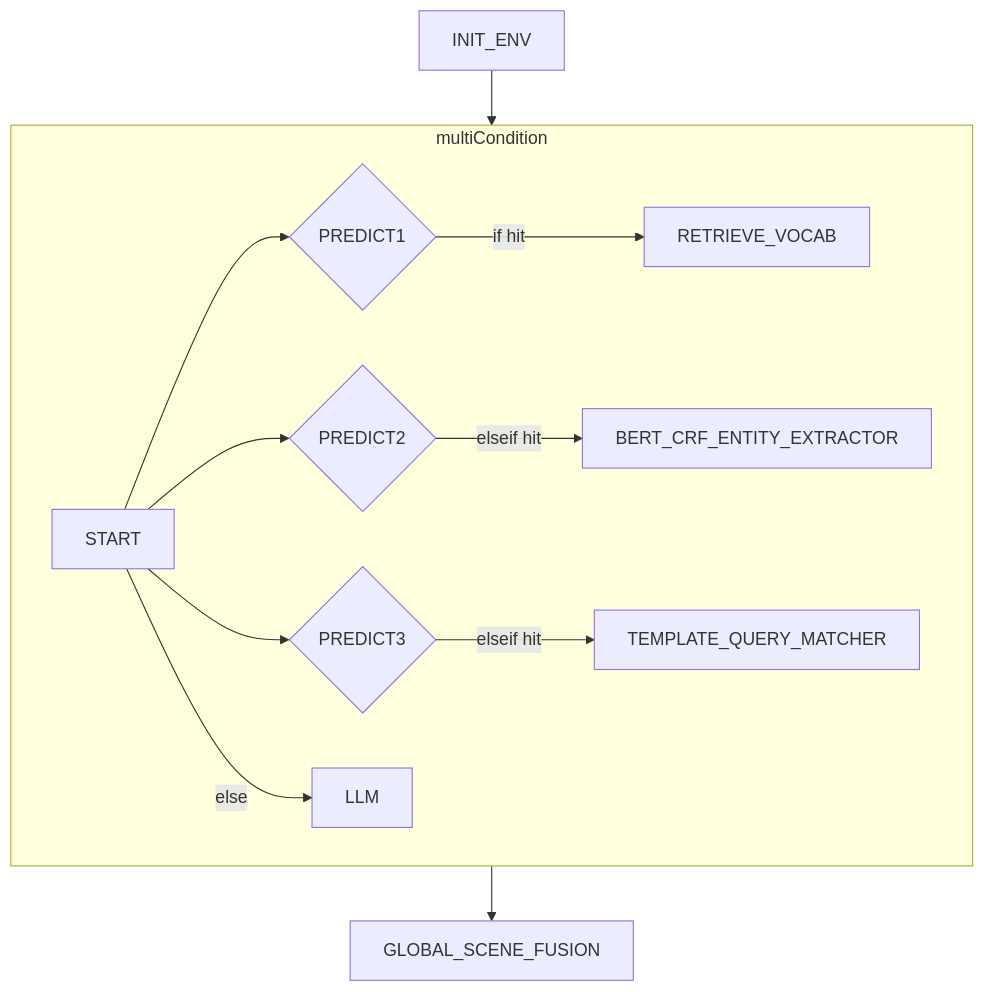
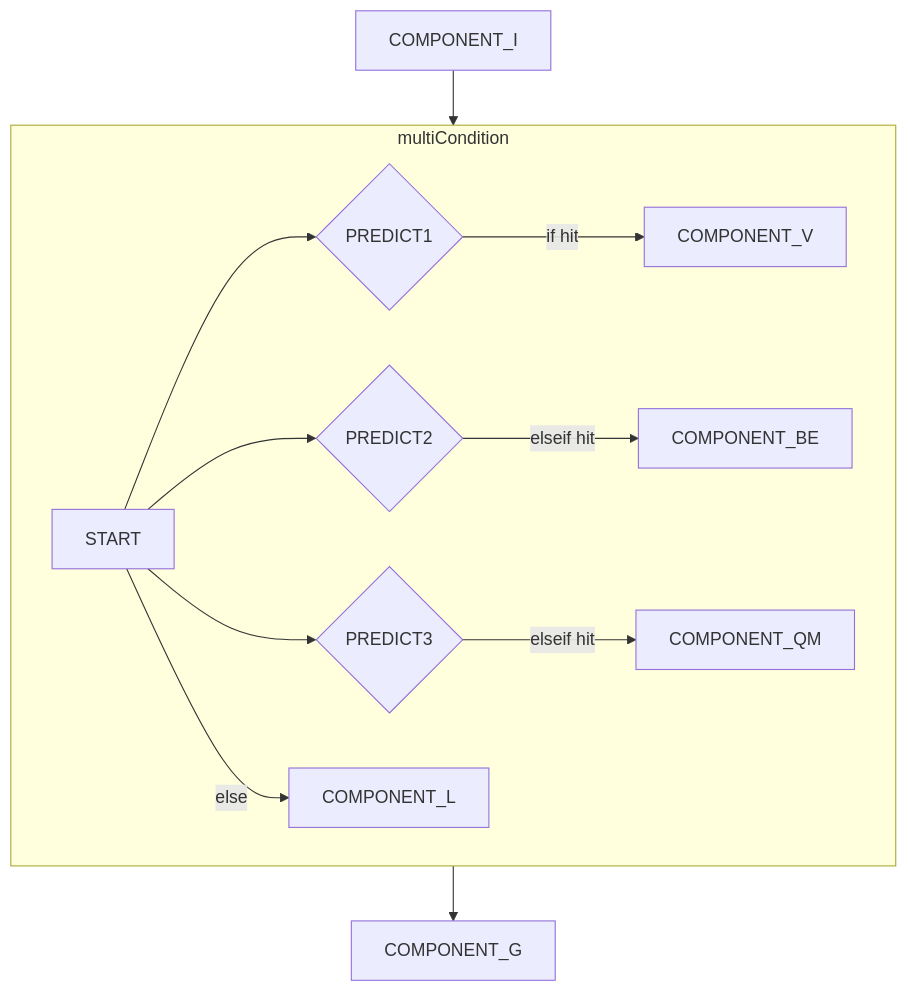
One commit to tenderne13/hello-easy-flow-bpmn changed the eighth of 10 diagrams in README.md. Above: the diagram before and after it, drawn with Mermaid. The commit also changed other lines of this file and 3 other files, not shown here.

````diff
--- a/README.md
+++ b/README.md
@@ -278,15 +278,15 @@
 ```mermaid
 flowchart TD
-    INIT_ENV
+    COMPONENT_I
     subgraph multiCondition
         START --> PREDICT1{PREDICT1}
         START --> PREDICT2{PREDICT2}
         START --> PREDICT3{PREDICT3}
-        PREDICT1 -- if hit --> RETRIEVE_VOCAB
-        PREDICT2 -- elseif hit --> BERT_CRF_ENTITY_EXTRACTOR
-        PREDICT3 -- elseif hit --> TEMPLATE_QUERY_MATCHER
-        START -- else --> LLM
+        PREDICT1 -- if hit --> COMPONENT_V
+        PREDICT2 -- elseif hit --> COMPONENT_BE
+        PREDICT3 -- elseif hit --> COMPONENT_QM
+        START -- else --> COMPONENT_L
     end
-    INIT_ENV --> multiCondition
-    multiCondition --> GLOBAL_SCENE_FUSION
+    COMPONENT_I --> multiCondition
+    multiCondition --> COMPONENT_G
 ```
````
